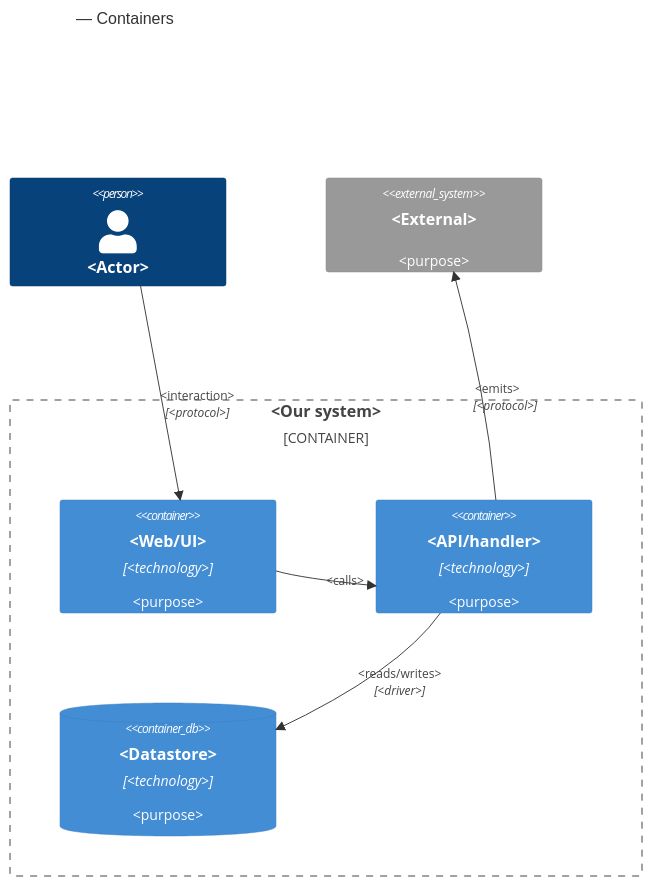
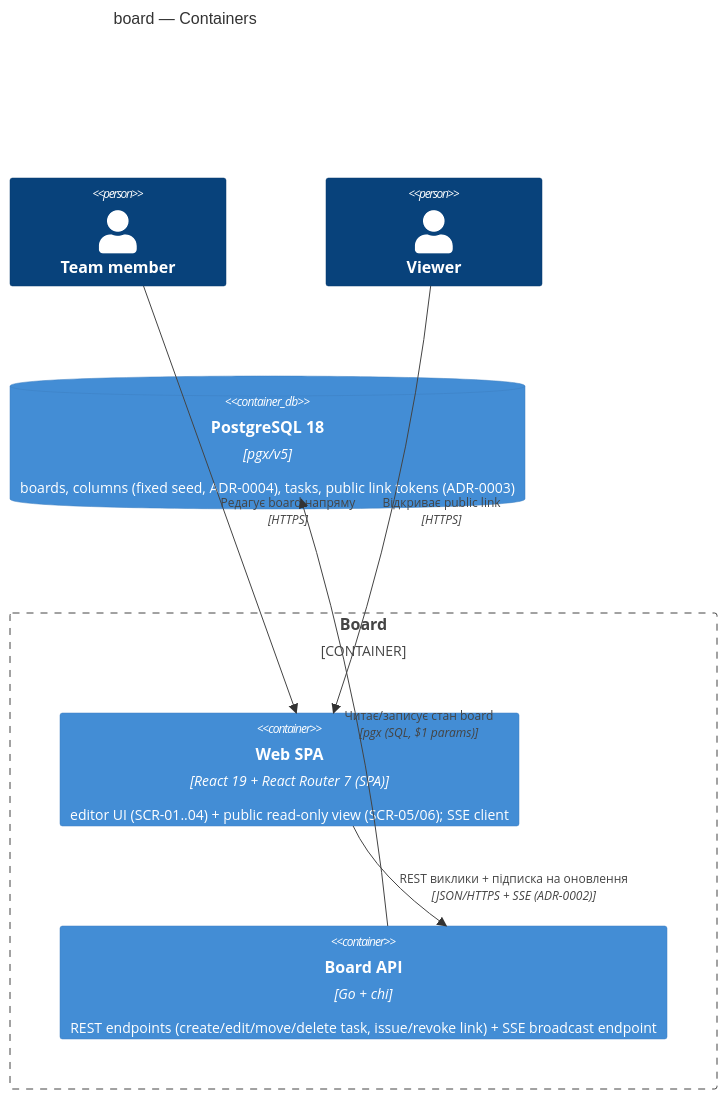
The second of 3 diagrams in docs/features/board/sad.md (genkovich/task-tracker), drawn with Mermaid before and after one commit. The commit also changed other lines of this file, not shown here.

Commit message:
design: board sad §5 — building block view (C4 Container)

````diff
--- a/docs/features/board/sad.md
+++ b/docs/features/board/sad.md
@@ -148,19 +156,19 @@
 ```mermaid
 C4Container
-    title <feature> — Containers
+    title board — Containers
 
-    Person(actor, "<Actor>")
+    Person(member, "Team member")
+    Person(viewer, "Viewer")
 
-    Container_Boundary(app, "<Our system>") {
-        Container(web, "<Web/UI>", "<technology>", "<purpose>")
-        Container(api, "<API/handler>", "<technology>", "<purpose>")
-        ContainerDb(db, "<Datastore>", "<technology>", "<purpose>")
+    Container_Boundary(app, "Board") {
+        Container(web, "Web SPA", "React 19 + React Router 7 (SPA)", "editor UI (SCR-01..04) + public read-only view (SCR-05/06); SSE client")
+        Container(api, "Board API", "Go + chi", "REST endpoints (create/edit/move/delete task, issue/revoke link) + SSE broadcast endpoint")
     }
 
-    System_Ext(ext, "<External>", "<purpose>")
+    ContainerDb(pg, "PostgreSQL 18", "pgx/v5", "boards, columns (fixed seed, ADR-0004), tasks, public link tokens (ADR-0003)")
 
-    Rel(actor, web, "<interaction>", "<protocol>")
-    Rel(web, api, "<calls>")
-    Rel(api, db, "<reads/writes>", "<driver>")
-    Rel(api, ext, "<emits>", "<protocol>")
+    Rel(member, web, "Редагує board напряму", "HTTPS")
+    Rel(viewer, web, "Відкриває public link", "HTTPS")
+    Rel(web, api, "REST виклики + підписка на оновлення", "JSON/HTTPS + SSE (ADR-0002)")
+    Rel(api, pg, "Читає/записує стан board", "pgx (SQL, $1 params)")
 ```
````
